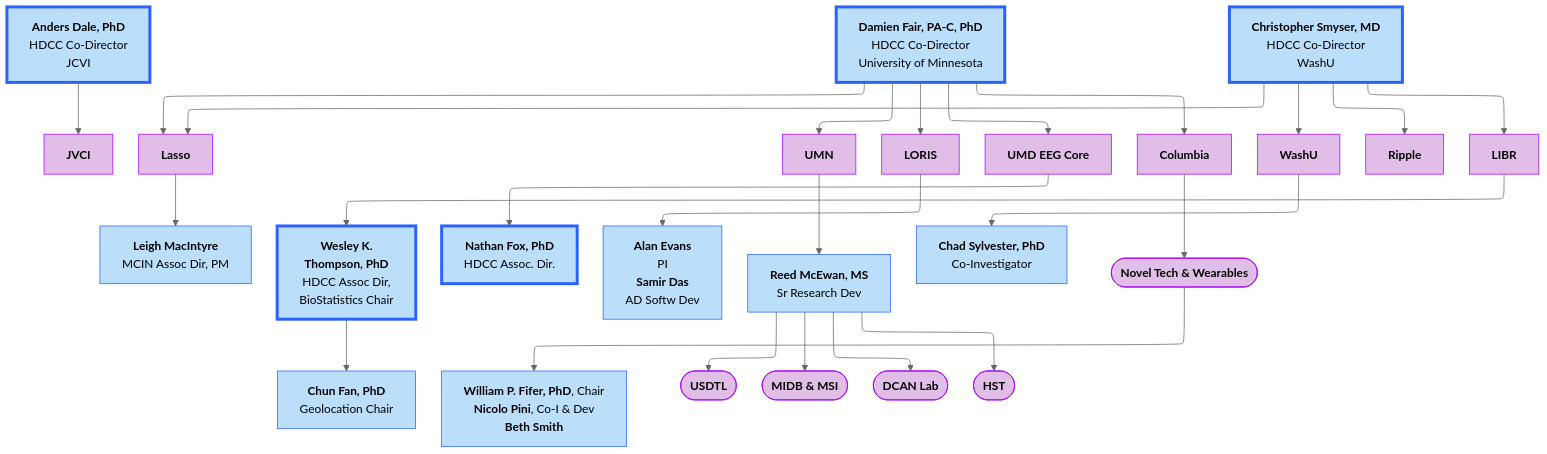
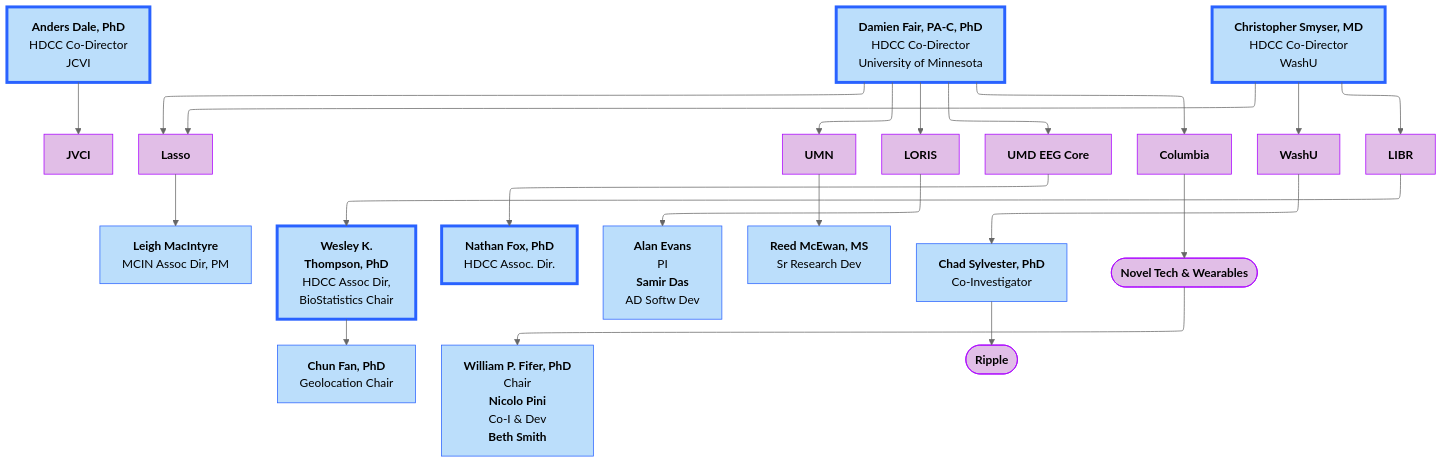
Before and after one commit to DCAN-Labs/hbcd-docs-internal: the first of 10 diagrams in docs/orgcharts.md, drawn with Mermaid (neutral theme).

Commit message:
put ripple under WashU

````diff
--- a/docs/orgcharts.md
+++ b/docs/orgcharts.md
@@ -12,58 +12,47 @@
 ```mermaid
 ---
 config:
   layout: elk
 ---
 flowchart TB
     n2["<b>Anders Dale, PhD<br></b>HDCC Co-Director<br>JCVI"] --> jvci["<b>JVCI</b>"]
-    E["<b>Damien Fair, PA-C, PhD</b><br>HDCC Co-Director<br>University of Minnesota"] 
-    E --> lasso["<b>Lasso</b>"]
-    E --> umn["<b>UMN</b>"]
-    E --> n7["<b>LORIS</b>"]
-    E --> n8["<b>UMD EEG Core</b>"]
-    E --> n11["<b>Columbia</b>"]
+    E["<b>Damien Fair, PA-C, PhD</b><br>HDCC Co-Director<br>University of Minnesota"] --> lasso["<b>Lasso</b>"] & umn["<b>UMN</b>"] & n7["<b>LORIS</b>"] & n8["<b>UMD EEG Core</b>"] & n11["<b>Columbia</b>"]
     lasso --> lasso1["<b>Leigh MacIntyre</b><br>MCIN Assoc Dir, PM"]
-    n1["<b>Christopher Smyser, MD<br></b>HDCC Co-Director<br>WashU"] 
-    n1 --> n10["<b>WashU</b><br>"] & ripple["<b>Ripple</b>"] & n12["<b>LIBR</b>"] & lasso
-    n16["<b>Wesley K.<br>Thompson, PhD</b><br>HDCC Assoc Dir,<br>BioStatistics Chair"] 
-    n16 --> n17["<b>Chun Fan, PhD</b><br>Geolocation Chair"]
+    n1["<b>Christopher Smyser, MD<br></b>HDCC Co-Director<br>WashU"] --> n10["<b>WashU</b><br>"] & n12["<b>LIBR</b>"] & lasso
+    n16["<b>Wesley K.<br>Thompson, PhD</b><br>HDCC Assoc Dir,<br>BioStatistics Chair"] --> n17["<b>Chun Fan, PhD</b><br>Geolocation Chair"]
     n12 --> n16
     n8 --> n19["<b>Nathan Fox, PhD<br></b>HDCC Assoc. Dir."]
     n7 --> n20["<b>Alan Evans</b><br>PI<br><b>Samir Das</b><br>AD Softw Dev"]
     umn --> reed["<b>Reed McEwan, MS</b><br>Sr Research Dev"]
     n10 --> n22["<b>Chad Sylvester, PhD</b><br>Co-Investigator"]
     n11 --> n23(["<b>Novel Tech &amp; Wearables</b>"])
-    n23 --> n18["<b>William P. Fifer, PhD</b>, Chair<br><b>Nicolo Pini</b>, Co-I &amp; Dev<br><b>Beth Smith</b>"]
-    reed --> n25(["<b>USDTL</b>"]) & n26(["<b>MIDB &amp; MSI</b>"]) & n27(["<b>DCAN Lab</b>"]) & n30(["<b>HST</b>"])
+    n23 --> n18["<b>William P. Fifer, PhD<br></b>Chair<br><b>Nicolo Pini<br></b>Co-I &amp; Dev<br><b>Beth Smith</b>"]
+    n22 --> n24(["<b>Ripple</b>"])
     style n2 fill:#BBDEFB,stroke:#2962FF,stroke-width:4px
     style jvci fill:#E1BEE7,stroke:#AA00FF
     style E fill:#BBDEFB,stroke:#2962FF,stroke-width:4px
     style lasso fill:#E1BEE7,stroke:#AA00FF
     style umn fill:#E1BEE7,stroke:#AA00FF
     style n7 fill:#E1BEE7,stroke:#AA00FF
     style n8 fill:#E1BEE7,stroke:#AA00FF
     style n11 fill:#E1BEE7,stroke:#AA00FF
     style lasso1 fill:#BBDEFB,stroke:#2962FF
     style n1 fill:#BBDEFB,stroke:#2962FF,stroke-width:4px
     style n10 fill:#E1BEE7,stroke:#AA00FF
-    style ripple fill:#E1BEE7,stroke:#AA00FF
     style n12 fill:#E1BEE7,stroke:#AA00FF
     style n16 fill:#BBDEFB,stroke:#2962FF,stroke-width:4px
     style n17 fill:#BBDEFB,stroke:#2962FF
     style n19 fill:#BBDEFB,stroke:#2962FF,stroke-width:4px
     style n20 fill:#BBDEFB,stroke:#2962FF
     style reed fill:#BBDEFB,stroke:#2962FF
     style n22 fill:#BBDEFB,stroke:#2962FF
     style n23 fill:#E1BEE7,stroke:#AA00FF
     style n18 fill:#BBDEFB,stroke:#2962FF
-    style n25 fill:#E1BEE7,stroke:#AA00FF
-    style n26 fill:#E1BEE7,stroke:#AA00FF
-    style n27 fill:#E1BEE7,stroke:#AA00FF
-    style n30 fill:#E1BEE7,stroke:#AA00FF
+    style n24 fill:#E1BEE7,stroke:#AA00FF
     click jvci "#j-craig-venter-institute"
     click lasso "#lasso"
     click umn "#university-of-minnesota"
     click n7 "#loris"
     click n8 "#umd-eeg-core"
     click n10 "#washu"
 ```
````
